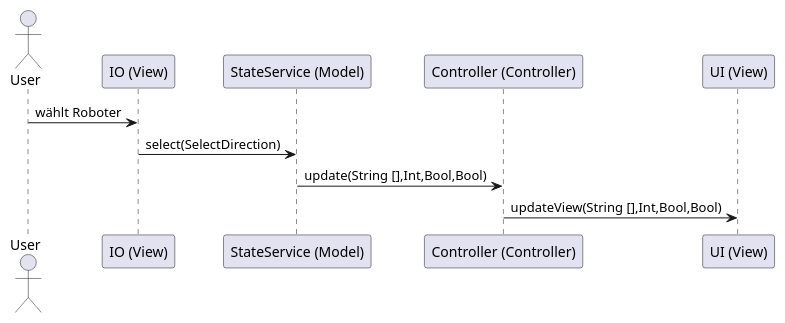
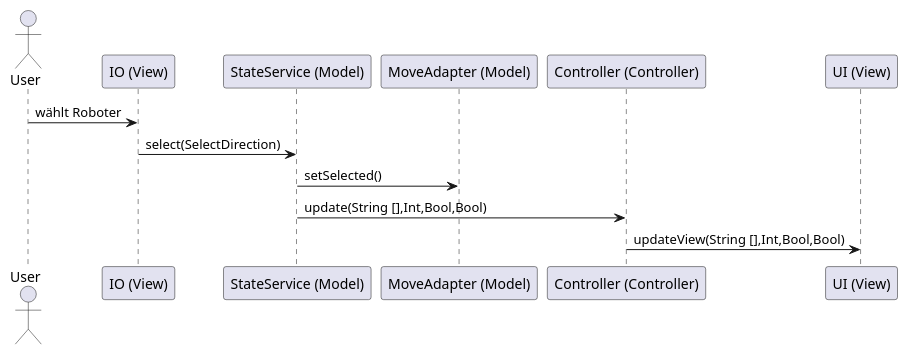
Before and after one commit to DavidDao1997/VS_Praktikum-2025-SoSe: the diagram in Docs/Application/diagrams/selectBefehl250625.plantuml, drawn with PlantUML. The commit also changed 13 other files, not shown here.

```diff
--- a/Docs/Application/diagrams/selectBefehl250625.plantuml
+++ b/Docs/Application/diagrams/selectBefehl250625.plantuml
@@ -1,14 +1,16 @@
 @startuml
 actor User
 
 participant "IO (View)" as IO
 participant "StateService (Model)" as StS
+participant "MoveAdapter (Model)" as MA
 participant "Controller (Controller)" as Ctrl
 participant "UI (View)" as UI
 
 
 User -> IO: wählt Roboter
 IO -> StS: select(SelectDirection)
+StS -> MA: setSelected()
 StS -> Ctrl: update(String [],Int,Bool,Bool)
 Ctrl -> UI: updateView(String [],Int,Bool,Bool)
 @enduml
```
